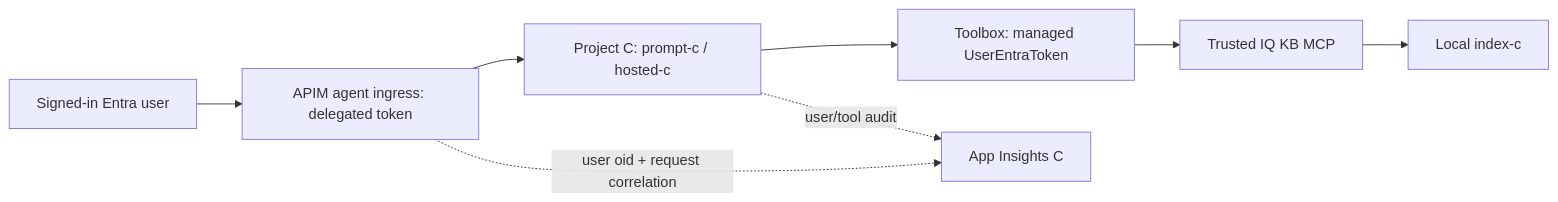
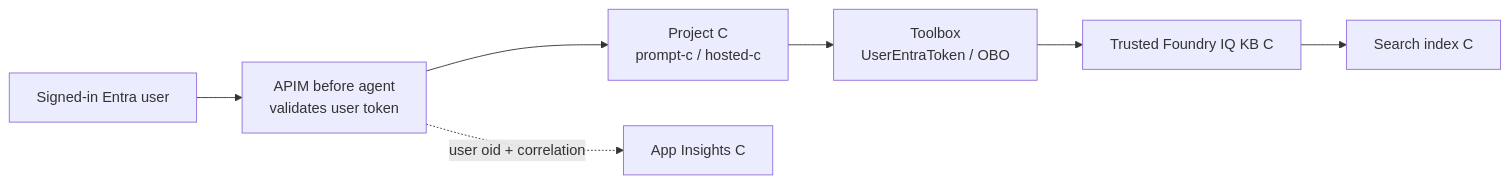
One commit to yelghali/foundry-agents-toolbox-ai-gateway changed the third of 3 diagrams in README.md. Above: the diagram before and after it, drawn with Mermaid. The commit also changed other lines of this file, not shown here.

````diff
--- a/README.md
+++ b/README.md
@@ -145,10 +72,9 @@
 ```mermaid
 flowchart LR
-    U["Signed-in Entra user"] --> G["APIM agent ingress: delegated token"]
-    G --> AG["Project C: prompt-c / hosted-c"]
-    AG --> T["Toolbox: managed UserEntraToken"]
-    T --> K["Trusted IQ KB MCP"]
-    K --> I["Local index-c"]
-    G -. "user oid + request correlation" .-> L["App Insights C"]
-    AG -. "user/tool audit" .-> L
+    U["Signed-in Entra user"] --> G["APIM before agent<br/>validates user token"]
+    G --> C["Project C<br/>prompt-c / hosted-c"]
+    C --> T["Toolbox<br/>UserEntraToken / OBO"]
+    T --> K["Trusted Foundry IQ KB C"]
+    K --> S["Search index C"]
+    G -. "user oid + correlation" .-> AI["App Insights C"]
 ```
````
